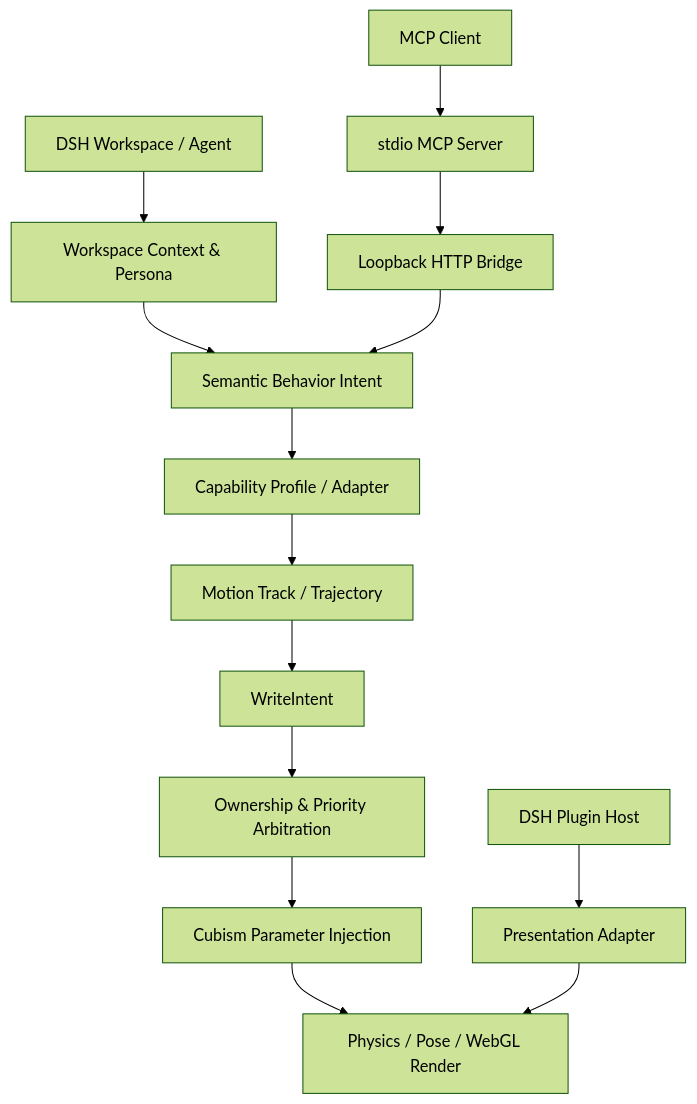
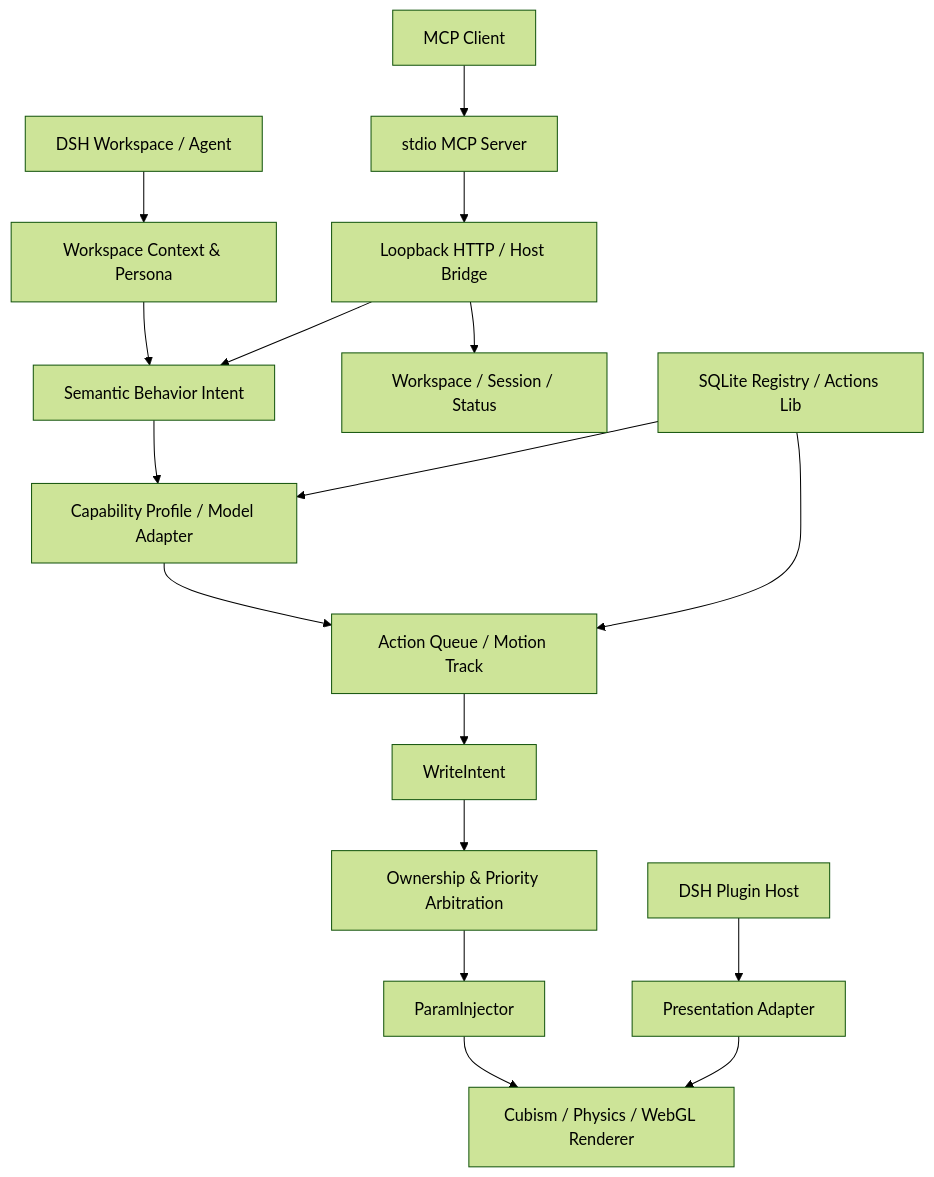
The diagram in README.md (tequed232/DSH-L2D), drawn with Mermaid (forest theme) before and after one commit. The commit also changed other lines of this file, not shown here.

````diff
--- a/README.md
+++ b/README.md
@@ -124,18 +122,22 @@
-```mermaid
+~~~mermaid
 flowchart TB
     A["DSH Workspace / Agent"] --> B["Workspace Context & Persona"]
     B --> C["Semantic Behavior Intent"]
-    C --> D["Capability Profile / Adapter"]
-    D --> E["Motion Track / Trajectory"]
+    C --> D["Capability Profile / Model Adapter"]
+    D --> E["Action Queue / Motion Track"]
     E --> F["WriteIntent"]
     F --> G["Ownership & Priority Arbitration"]
-    G --> H["Cubism Parameter Injection"]
-    H --> I["Physics / Pose / WebGL Render"]
+    G --> H["ParamInjector"]
+    H --> I["Cubism / Physics / WebGL Renderer"]
 
     J["MCP Client"] --> K["stdio MCP Server"]
-    K --> L["Loopback HTTP Bridge"]
+    K --> L["Loopback HTTP / Host Bridge"]
     L --> C
+    L --> M["Workspace / Session / Status"]
 
-    M["DSH Plugin Host"] --> N["Presentation Adapter"]
-    N --> I
-```
+    N["DSH Plugin Host"] --> O["Presentation Adapter"]
+    O --> I
+
+    P["SQLite Registry / Actions Lib"] --> D
+    P --> E
+~~~
````
